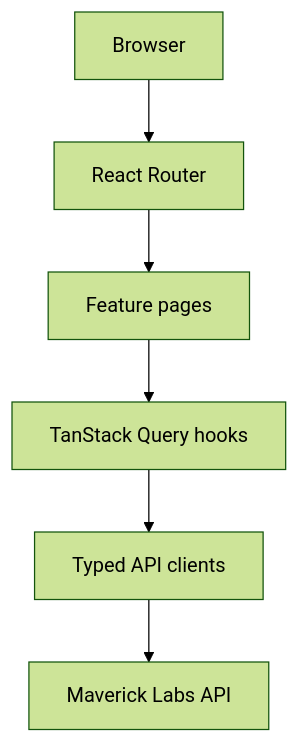
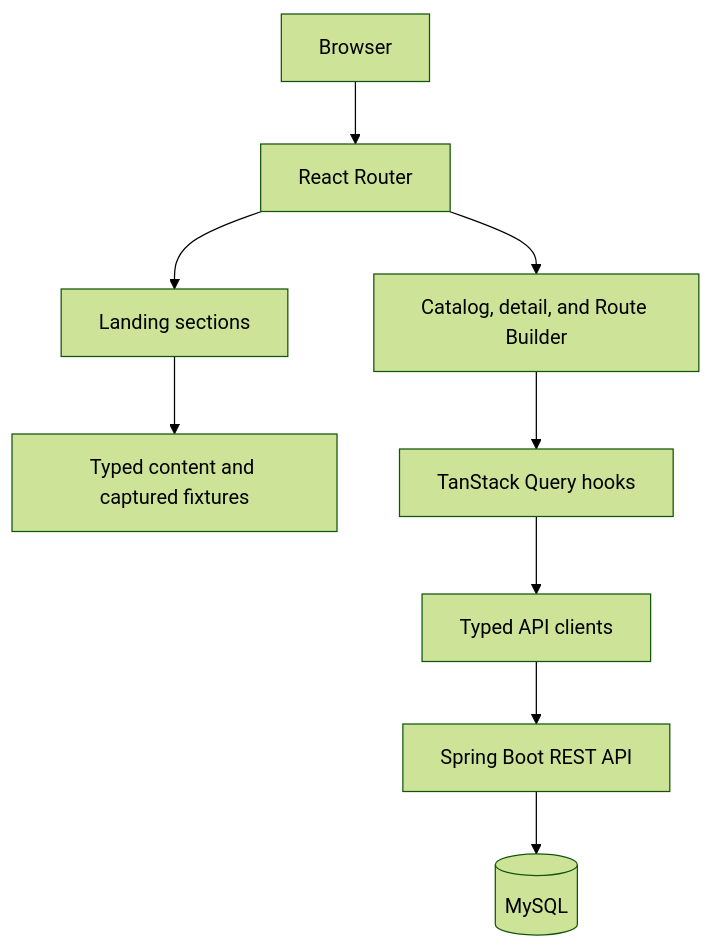
Before and after one commit to Danyaell/maverick-labs-fe: the second of 2 diagrams in README.md, drawn with Mermaid (forest theme). The commit also changed other lines of this file and 2 other files, not shown here.

````diff
--- a/README.md
+++ b/README.md
@@ -163,8 +248,11 @@
 ```mermaid
 flowchart TD
     Browser[Browser] --> Router[React Router]
-    Router --> Pages[Feature pages]
-    Pages --> Queries[TanStack Query hooks]
+    Router --> Landing[Landing sections]
+    Router --> Product[Catalog, detail, and Route Builder]
+    Landing --> Fixtures[Typed content and captured fixtures]
+    Product --> Queries[TanStack Query hooks]
     Queries --> Clients[Typed API clients]
-    Clients --> Backend[Maverick Labs API]
+    Clients --> API[Spring Boot REST API]
+    API --> Database[(MySQL)]
 ```
````
